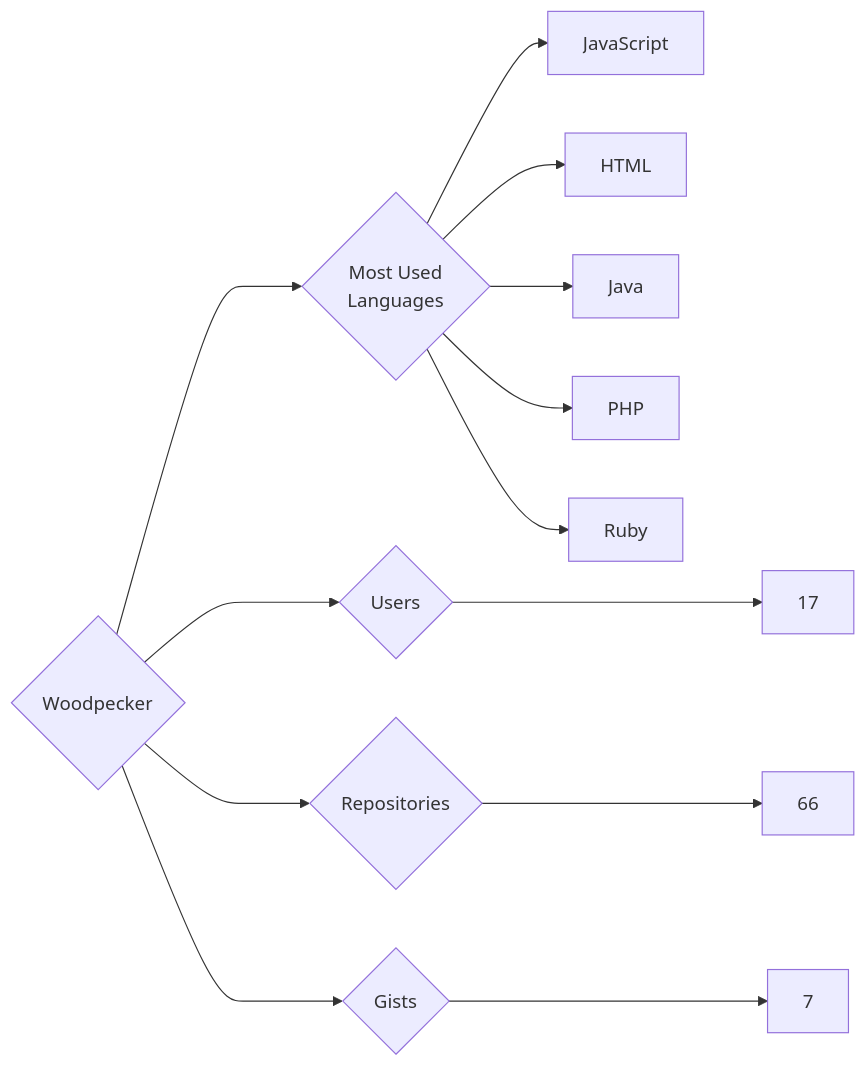
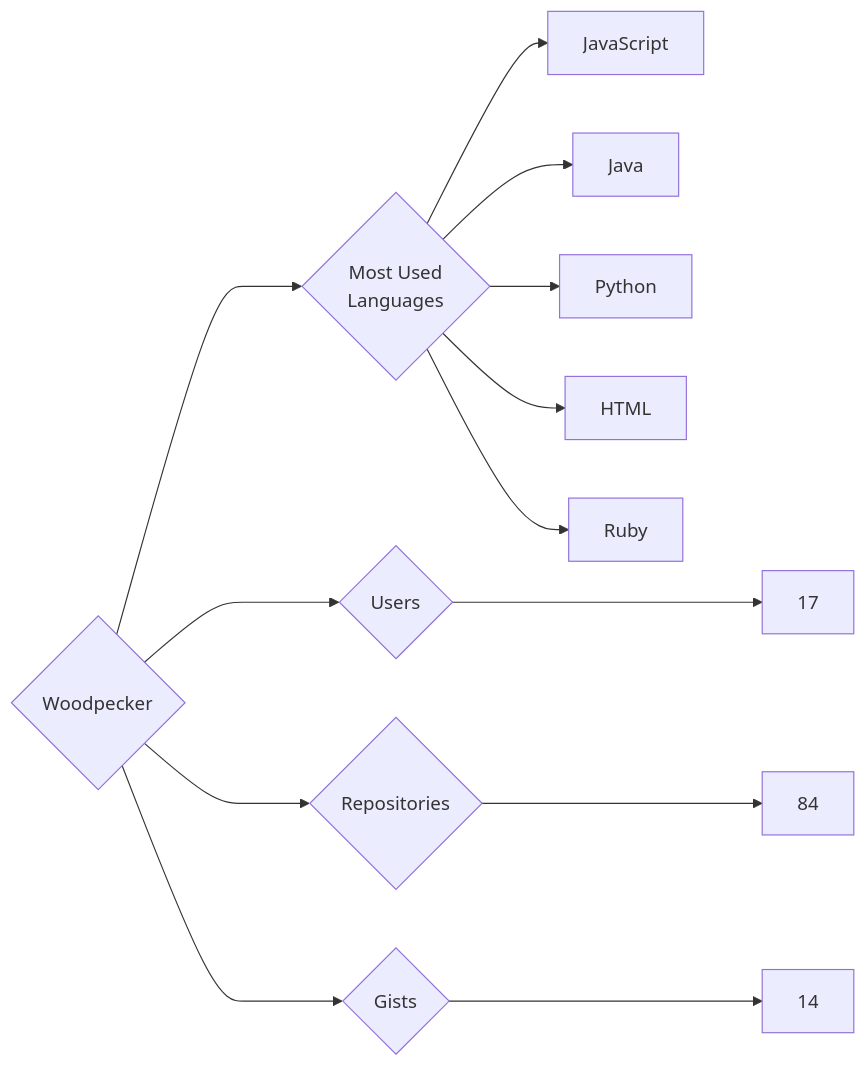
The diagram in targets/Woodpecker/README.md (trickest/insiders), drawn with Mermaid before and after one commit. The commit also changed 1011 other files, not shown here.

````diff
--- a/targets/Woodpecker/README.md
+++ b/targets/Woodpecker/README.md
@@ -3,13 +3,13 @@
 ```mermaid
 graph LR
 COMPANY_NAME{Woodpecker}
 COMPANY_NAME ---> U{Users} ---> UN[17]
-COMPANY_NAME ---> R{Repositories} ---> RN[66]
-COMPANY_NAME ---> G{Gists} ---> GN[7]
+COMPANY_NAME ---> R{Repositories} ---> RN[84]
+COMPANY_NAME ---> G{Gists} ---> GN[14]
 COMPANY_NAME ---> ML{Most Used<br>Languages}
 ML --> JavaScript[JavaScript]
+ML --> Java[Java]
+ML --> Python[Python]
 ML --> HTML[HTML]
-ML --> Java[Java]
-ML --> PHP[PHP]
 ML --> Ruby[Ruby]
 ```
````
